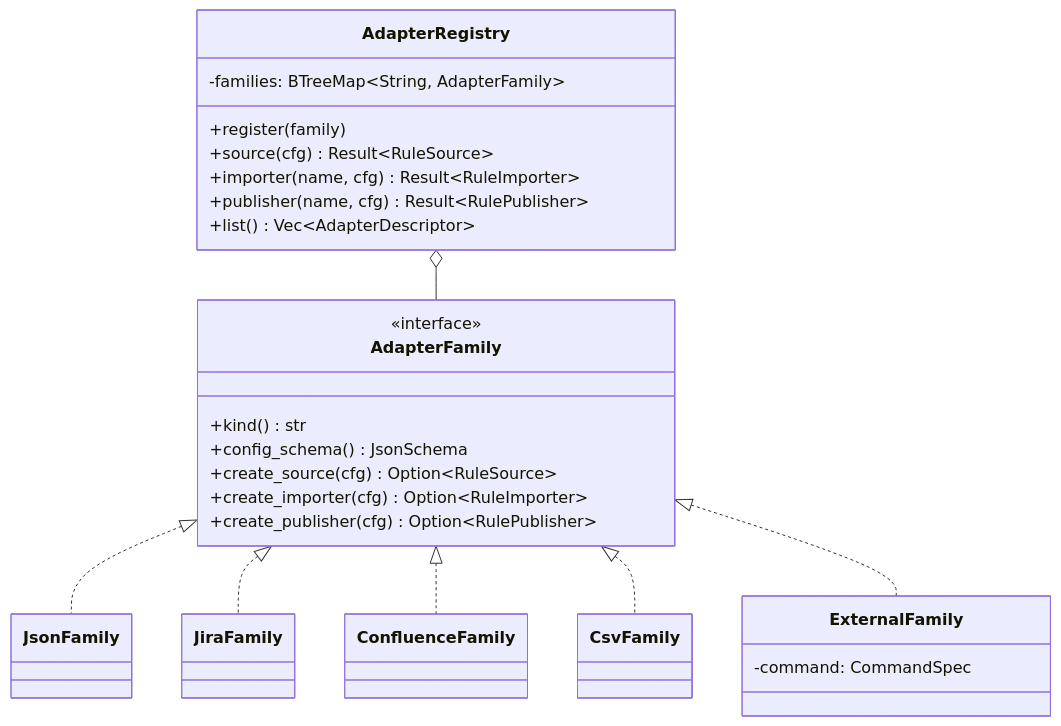
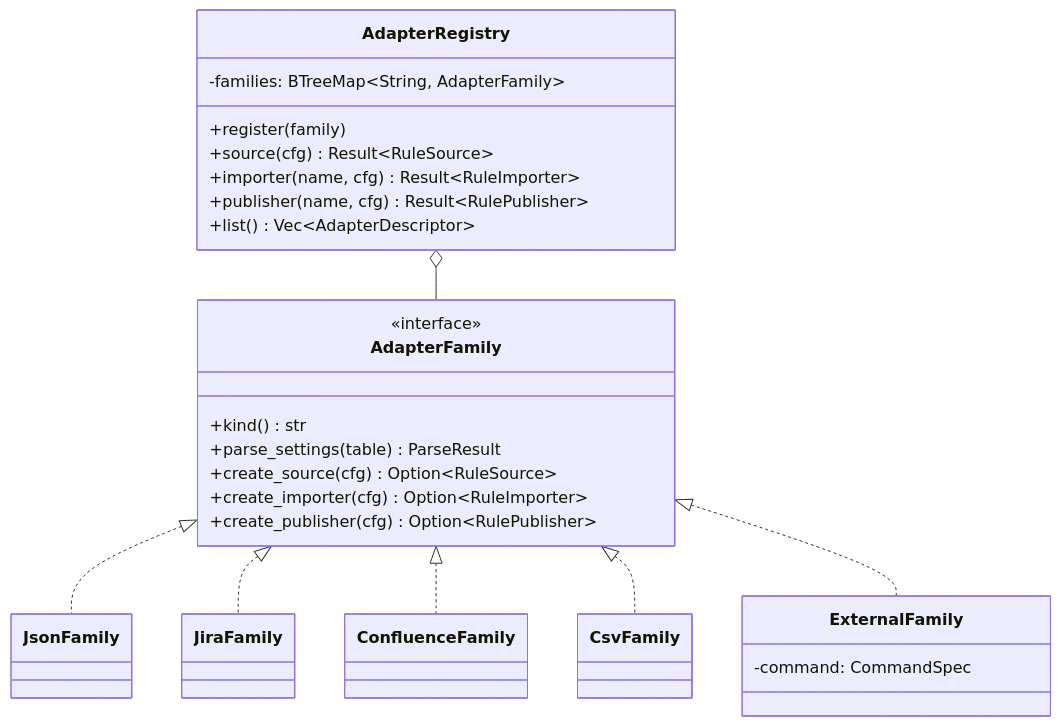
The second of 7 diagrams in docs/architecture/02-sources-of-truth.md (E-Jacques/Rulelink), drawn with Mermaid before and after one commit. The commit also changed other lines of this file and 51 other files, not shown here.

````diff
--- a/docs/architecture/02-sources-of-truth.md
+++ b/docs/architecture/02-sources-of-truth.md
@@ -158,32 +158,32 @@
 ```mermaid
 classDiagram
     class AdapterFamily {
         <<interface>>
         +kind() str
-        +config_schema() JsonSchema
+        +parse_settings(table) ParseResult
         +create_source(cfg) Option~RuleSource~
         +create_importer(cfg) Option~RuleImporter~
         +create_publisher(cfg) Option~RulePublisher~
     }
     class JsonFamily
     class JiraFamily
     class ConfluenceFamily
     class CsvFamily
     class ExternalFamily {
         -command: CommandSpec
     }
     class AdapterRegistry {
         -families: BTreeMap~String, AdapterFamily~
         +register(family)
         +source(cfg) Result~RuleSource~
         +importer(name, cfg) Result~RuleImporter~
         +publisher(name, cfg) Result~RulePublisher~
         +list() Vec~AdapterDescriptor~
     }
     AdapterFamily <|.. JsonFamily
     AdapterFamily <|.. JiraFamily
     AdapterFamily <|.. ConfluenceFamily
     AdapterFamily <|.. CsvFamily
     AdapterFamily <|.. ExternalFamily
     AdapterRegistry o-- AdapterFamily
 ```
````
